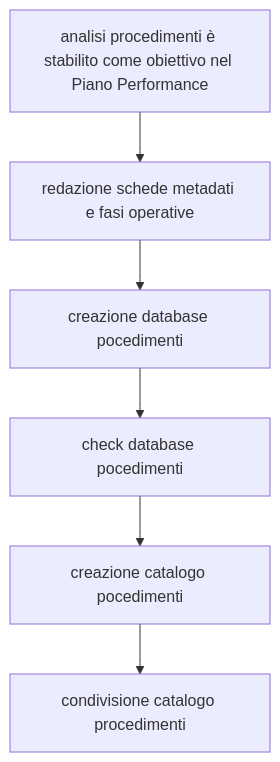
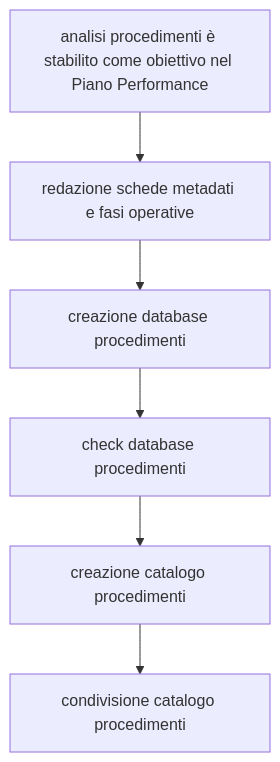
One commit to UO-TransizioneDigitaleComunePalermo/mappatura-procedimenti-amministrativi changed the diagram in docs/index.md. Above: the diagram before and after it, drawn with Mermaid.

````diff
--- a/docs/index.md
+++ b/docs/index.md
@@ -24,8 +24,8 @@
 ``` mermaid
 graph TD
 A[analisi procedimenti è stabilito come obiettivo nel Piano Performance] --> B[redazione schede metadati e fasi operative]
-B --> C[creazione database pocedimenti] 
-C --> D[check database pocedimenti] 
-D --> E[creazione catalogo pocedimenti] 
+B --> C[creazione database procedimenti] 
+C --> D[check database procedimenti] 
+D --> E[creazione catalogo procedimenti] 
 E --> F[condivisione catalogo procedimenti]
 ```
````
